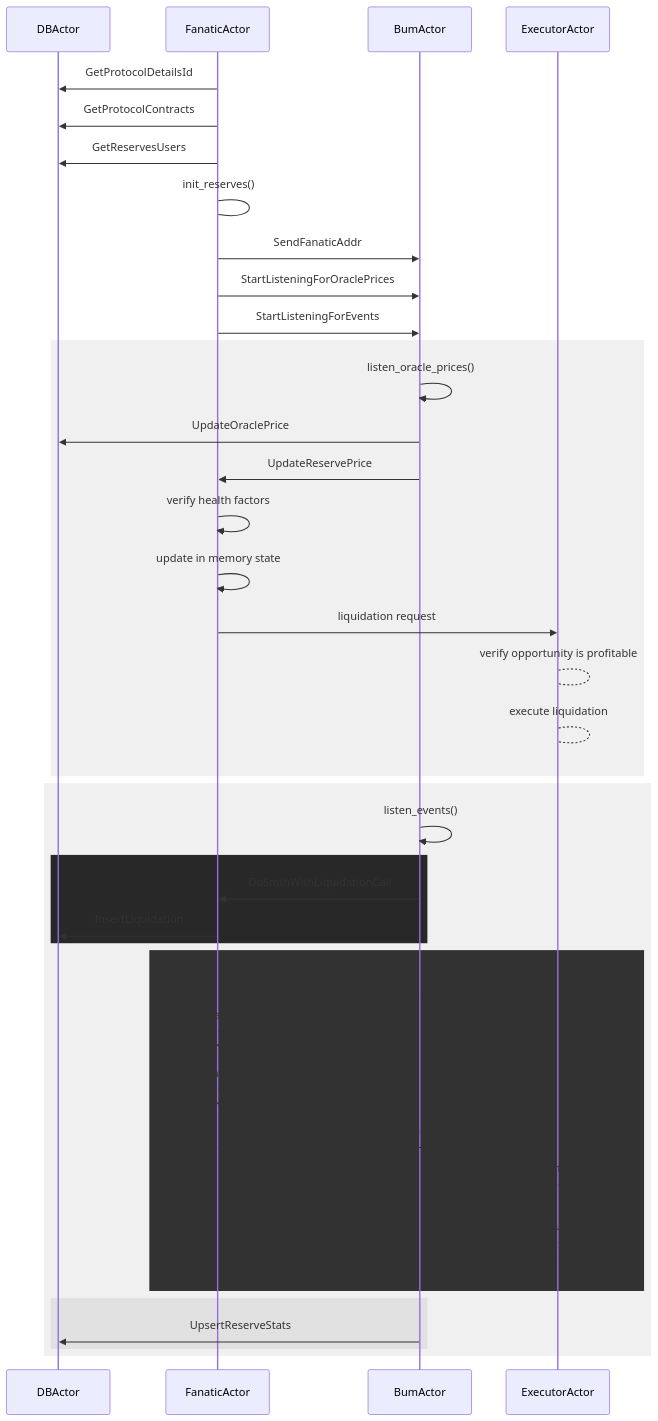
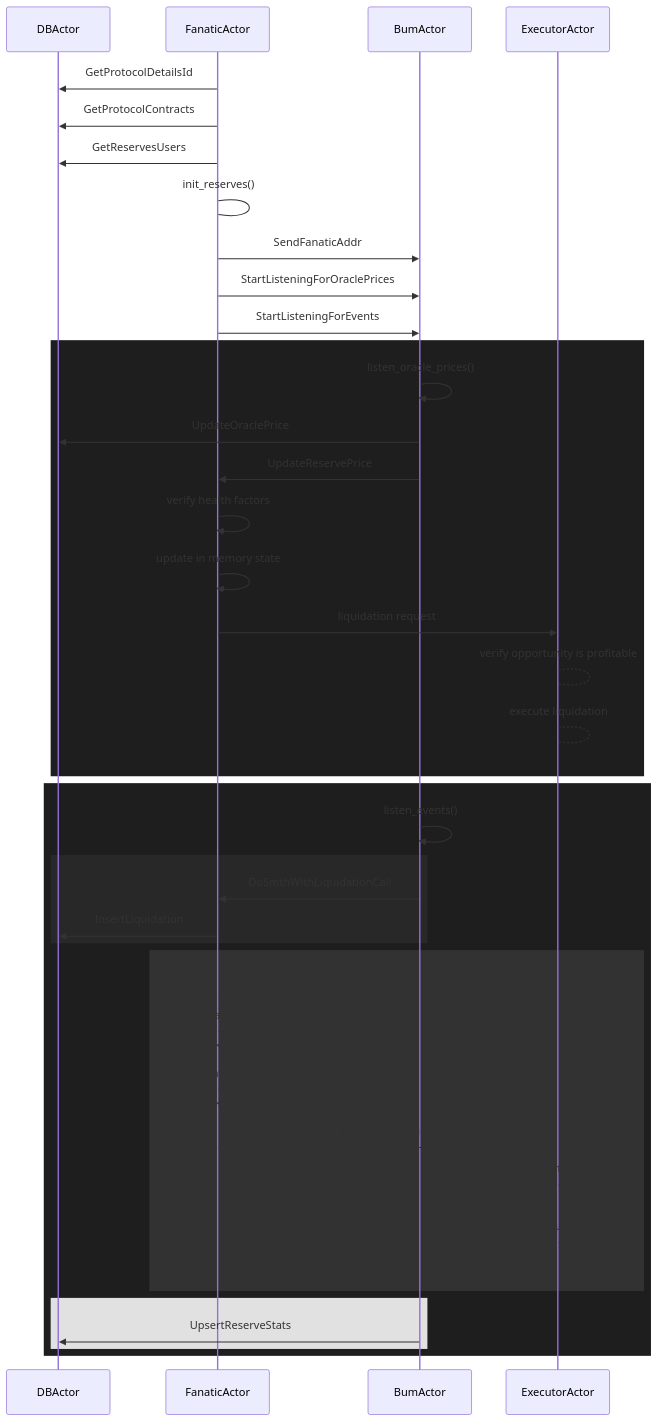
Before and after one commit to b1u3h4t/aave-liquidation: the first of 2 diagrams in README.md, drawn with Mermaid.

Commit message:
adjust mermaid diagram RGB

````diff
--- a/README.md
+++ b/README.md
@@ -51,50 +51,50 @@
 ```mermaid
 sequenceDiagram
 
 participant DB as DBActor
 participant Fanatic as FanaticActor
 participant Bum as BumActor
 participant Executor as ExecutorActor
 
 Fanatic ->> DB: GetProtocolDetailsId
 Fanatic ->> DB: GetProtocolContracts
 Fanatic ->> DB: GetReservesUsers
 
 Fanatic -> Fanatic: init_reserves()
 
 Fanatic ->> Bum: SendFanaticAddr
 Fanatic ->> Bum: StartListeningForOraclePrices
 Fanatic ->> Bum: StartListeningForEvents
 
-rect rgb(240, 240, 240)
+rect rgb(30, 30, 30)
     Bum ->> Bum: listen_oracle_prices()
     Bum ->> DB: UpdateOraclePrice
     Bum ->> Fanatic: UpdateReservePrice
     Fanatic ->> Fanatic: verify health factors
     Fanatic ->> Fanatic: update in memory state
     Fanatic ->> Executor: liquidation request
     Executor --> Executor: verify opportunity is profitable
     Executor --> Executor: execute liquidation
 end
 
-rect rgb(240, 240, 240)
+rect rgb(30, 30, 30)
     Bum ->> Bum: listen_events()
     rect rgb(40, 40, 40)
         Bum ->> Fanatic: DoSmthWithLiquidationCall
         Fanatic ->> DB: InsertLiquidation
     end
 
     rect rgb(50, 50, 50)
         Bum ->> Fanatic: UpdateReserveUser
         Fanatic ->> Fanatic: verify health factor
         Fanatic ->> Fanatic: update in memory state
         Fanatic ->> Executor: liquidation request
         Executor --> Executor: verify opportunity is profitable
         Executor --> Executor: execute tx
     end
 
     rect rgb(225, 225, 225)
         Bum ->> DB: UpsertReserveStats
     end
 end
 ```
````
